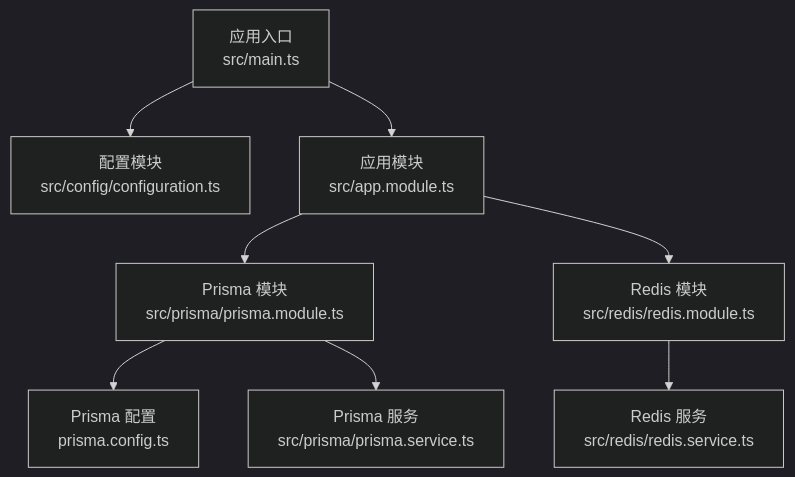
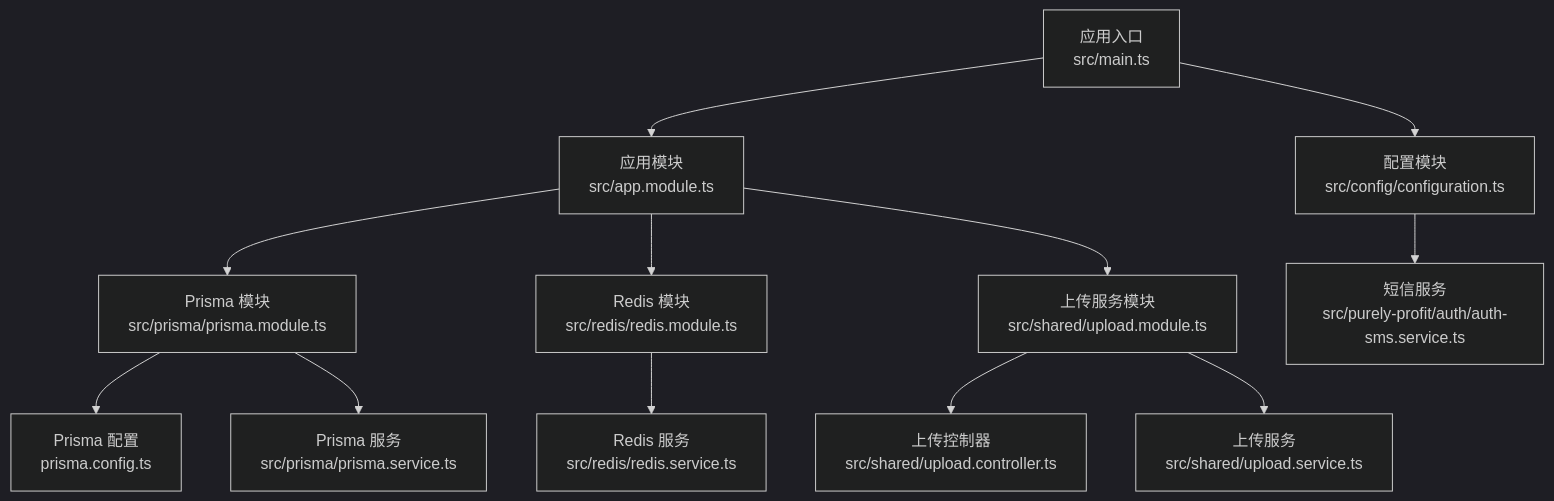
One commit to rc558620/purelyprofit-server changed the first of 4 diagrams in .qoder/repowiki/zh/content/部署配置/环境配置管理.md. Above: the diagram before and after it, drawn with Mermaid (dark theme). The commit also changed other lines of this file and 56 other files, not shown here.

````diff
--- a/.qoder/repowiki/zh/content/部署配置/环境配置管理.md
+++ b/.qoder/repowiki/zh/content/部署配置/环境配置管理.md
@@ -35,10 +49,14 @@
 ```mermaid
 graph TB
 A["应用入口<br/>src/main.ts"] --> B["配置模块<br/>src/config/configuration.ts"]
 A --> C["应用模块<br/>src/app.module.ts"]
 C --> D["Prisma 模块<br/>src/prisma/prisma.module.ts"]
 C --> E["Redis 模块<br/>src/redis/redis.module.ts"]
-D --> F["Prisma 配置<br/>prisma.config.ts"]
-E --> G["Redis 服务<br/>src/redis/redis.service.ts"]
-D --> H["Prisma 服务<br/>src/prisma/prisma.service.ts"]
+C --> F["上传服务模块<br/>src/shared/upload.module.ts"]
+D --> G["Prisma 配置<br/>prisma.config.ts"]
+E --> H["Redis 服务<br/>src/redis/redis.service.ts"]
+D --> I["Prisma 服务<br/>src/prisma/prisma.service.ts"]
+F --> J["上传控制器<br/>src/shared/upload.controller.ts"]
+F --> K["上传服务<br/>src/shared/upload.service.ts"]
+B --> L["短信服务<br/>src/purely-profit/auth/auth-sms.service.ts"]
 ```
````
